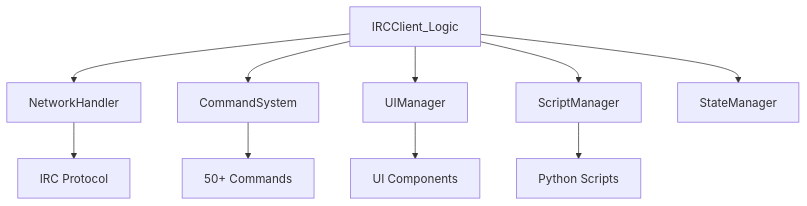
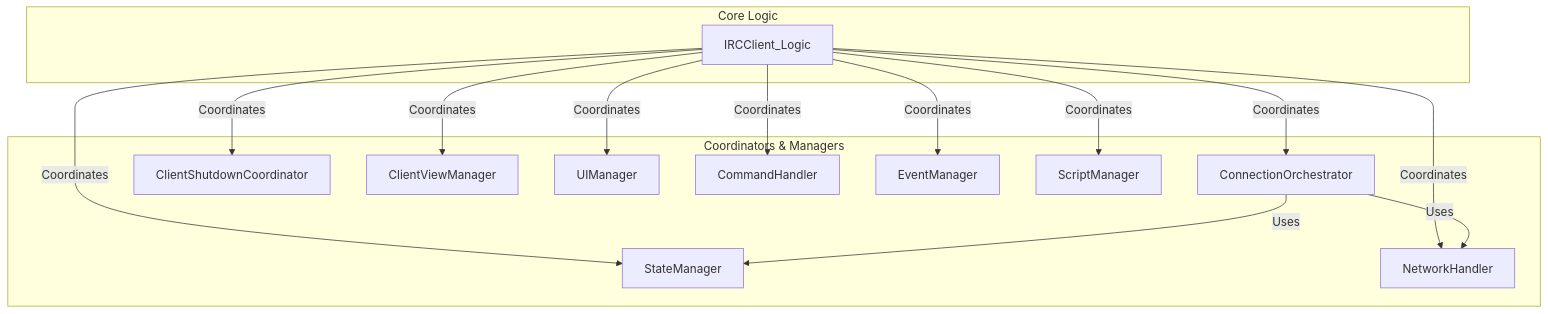
One commit to edgeof8/tIRC changed the first of 2 diagrams in README.md. Above: the diagram before and after it, drawn with Mermaid. The commit also changed other lines of this file and 2 other files, not shown here.

````diff
--- a/README.md
+++ b/README.md
@@ -45,12 +45,31 @@
 ```mermaid
 graph TD
-    A[IRCClient_Logic] --> B[NetworkHandler]
-    A --> C[CommandSystem]
-    A --> D[UIManager]
-    A --> E[ScriptManager]
-    A --> F[StateManager]
-    B --> G[IRC Protocol]
-    C --> H[50+ Commands]
-    D --> I[UI Components]
-    E --> J[Python Scripts]
+    subgraph Core Logic
+        A[IRCClient_Logic]
+    end
+
+    subgraph Coordinators & Managers
+        B[ConnectionOrchestrator]
+        C[ClientShutdownCoordinator]
+        D[ClientViewManager]
+        E[UIManager]
+        F[CommandHandler]
+        G[StateManager]
+        H[EventManager]
+        I[ScriptManager]
+        J[NetworkHandler]
+    end
+
+    A -- Coordinates --> B
+    A -- Coordinates --> C
+    A -- Coordinates --> D
+    A -- Coordinates --> E
+    A -- Coordinates --> F
+    A -- Coordinates --> G
+    A -- Coordinates --> H
+    A -- Coordinates --> I
+    A -- Coordinates --> J
+
+    B -- Uses --> J
+    B -- Uses --> G
 ```
````
